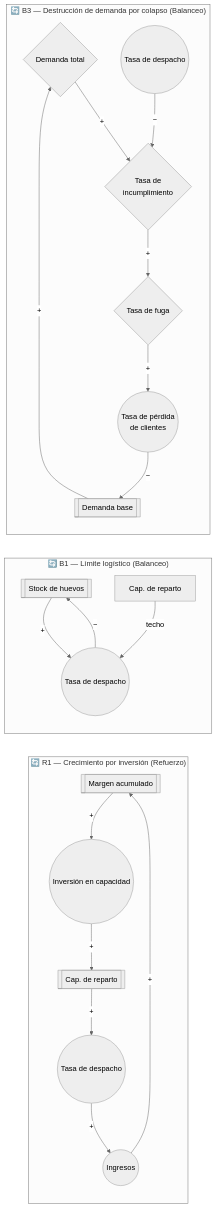
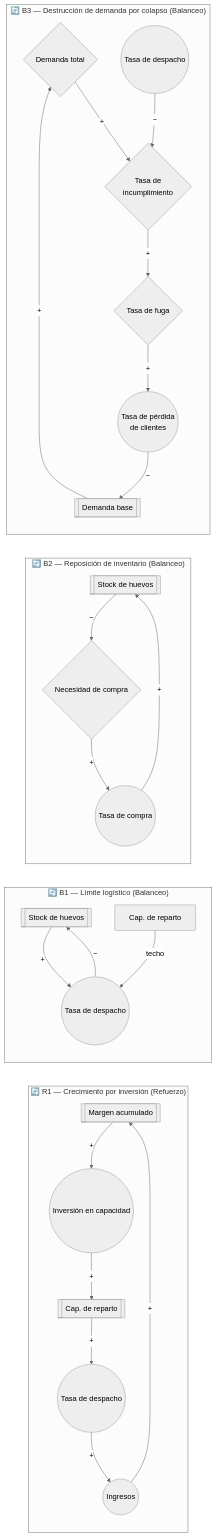
One commit to perrosxdev/Teoria-de-sistemas changed the second of 2 diagrams in docs/propuestas/carlos/modelo_forrester.md. Above: the diagram before and after it, drawn with Mermaid (neutral theme). The commit also changed other lines of this file and 3 other files, not shown here.

````diff
--- a/docs/propuestas/carlos/modelo_forrester.md
+++ b/docs/propuestas/carlos/modelo_forrester.md
@@ -85,25 +102,31 @@
 ```mermaid
 flowchart LR
     subgraph R1["🔄 R1 — Crecimiento por inversión (Refuerzo)"]
         MAr[["Margen acumulado"]] -->|+| ICr(("Inversión en capacidad"))
         ICr -->|+| CRr[["Cap. de reparto"]]
         CRr -->|+| TDr(("Tasa de despacho"))
         TDr -->|+| IVr(("Ingresos"))
         IVr -->|+| MAr
     end
 
     subgraph B1["🔄 B1 — Límite logístico (Balanceo)"]
         SHb[["Stock de huevos"]] -->|+| TDb(("Tasa de despacho"))
         TDb -->|−| SHb
         CRb["Cap. de reparto"] -->|techo| TDb
     end
 
+    subgraph B2["🔄 B2 — Reposición de inventario (Balanceo)"]
+        SHb2[["Stock de huevos"]] -->|−| NCb2{"Necesidad de compra"}
+        NCb2 -->|+| TCb2(("Tasa de compra"))
+        TCb2 -->|+| SHb2
+    end
+
     subgraph B3["🔄 B3 — Destrucción de demanda por colapso (Balanceo)"]
         DTb3{"Demanda total"} -->|+| TIb3{"Tasa de\nincumplimiento"}
         TDb3(("Tasa de despacho")) -->|−| TIb3
         TIb3 -->|+| TFb3{"Tasa de fuga"}
         TFb3 -->|+| TPCb3(("Tasa de pérdida\nde clientes"))
         TPCb3 -->|−| DBb3[["Demanda base"]]
         DBb3 -->|+| DTb3
     end
 ```
````
